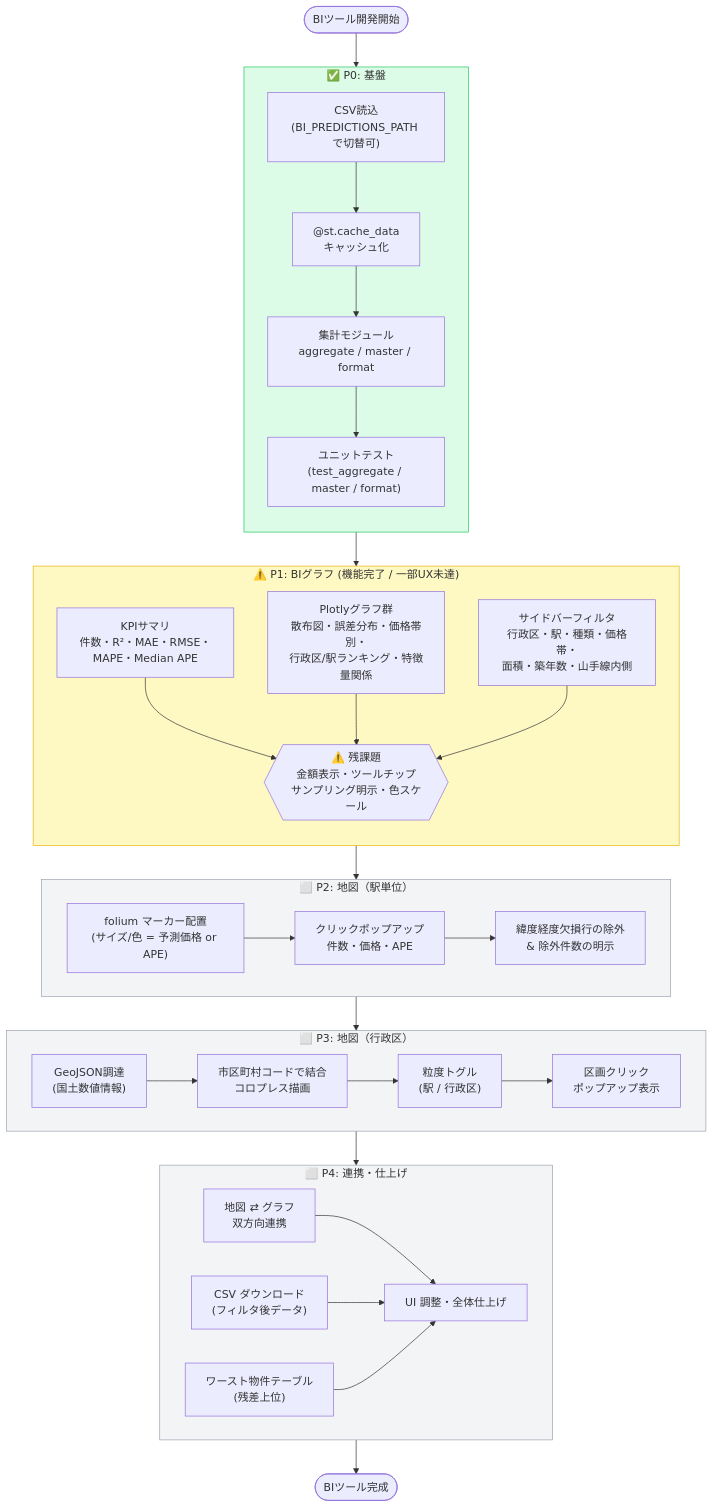
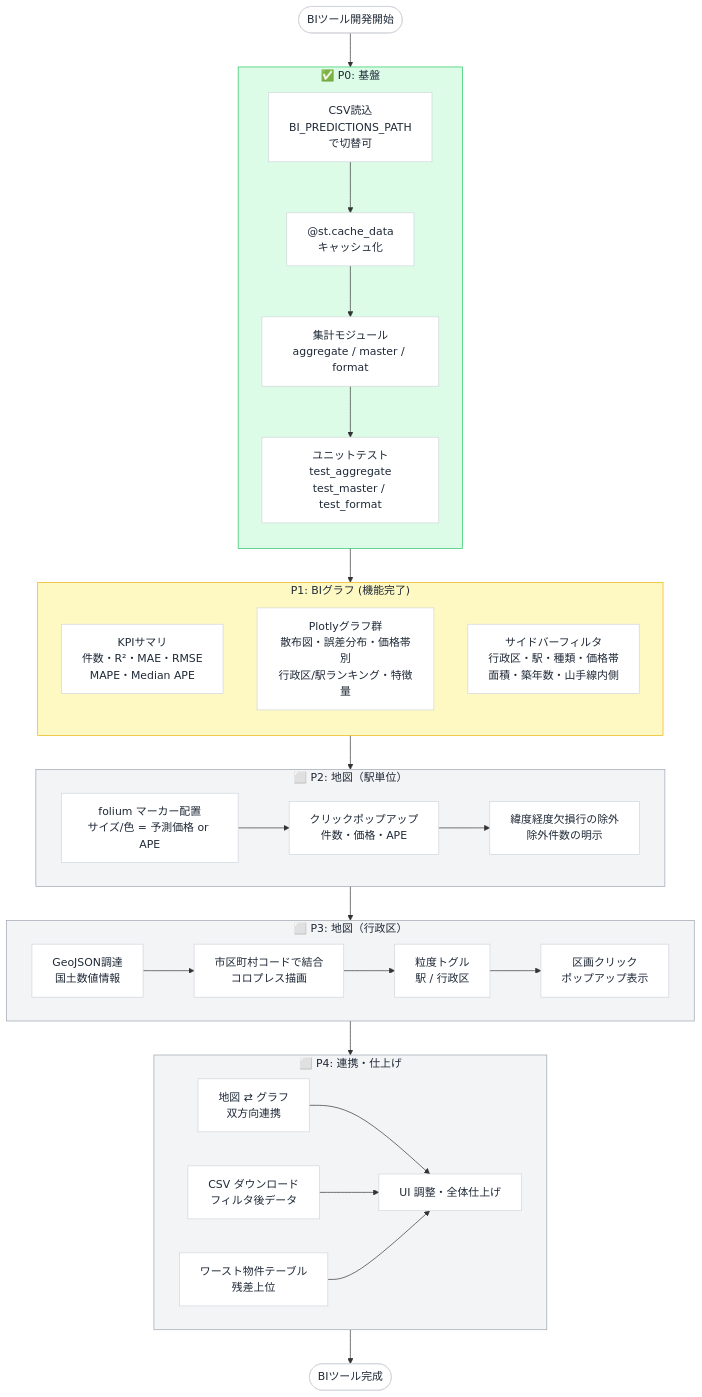
The diagram in docs/bi_tool_phases_flowchart.md (kotouharuto/House-price-forecast), drawn with Mermaid before and after one commit. The commit also changed 9 other files, not shown here.

Commit message:
add: 地図機能の実装(駅単位)

````diff
--- a/docs/bi_tool_phases_flowchart.md
+++ b/docs/bi_tool_phases_flowchart.md
@@ -10,61 +10,62 @@
 ```mermaid
 flowchart TD
     START([BIツール開発開始]) --> P0
 
     subgraph P0["✅ P0: 基盤"]
         direction TB
-        P0A["CSV読込\n(BI_PREDICTIONS_PATH で切替可)"]
-        P0B["@st.cache_data\nキャッシュ化"]
-        P0C["集計モジュール\naggregate / master / format"]
-        P0D["ユニットテスト\n(test_aggregate / master / format)"]
+        P0A["CSV読込<br/>BI_PREDICTIONS_PATH<br/>で切替可"]
+        P0B["@st.cache_data<br/>キャッシュ化"]
+        P0C["集計モジュール<br/>aggregate / master / format"]
+        P0D["ユニットテスト<br/>test_aggregate<br/>test_master / test_format"]
         P0A --> P0B --> P0C --> P0D
     end
 
     P0 --> P1
 
-    subgraph P1["⚠️ P1: BIグラフ (機能完了 / 一部UX未達)"]
+    subgraph P1["P1: BIグラフ (機能完了)"]
         direction TB
-        P1A["KPIサマリ\n件数・R²・MAE・RMSE・MAPE・Median APE"]
-        P1B["Plotlyグラフ群\n散布図・誤差分布・価格帯別・\n行政区/駅ランキング・特徴量関係"]
-        P1C["サイドバーフィルタ\n行政区・駅・種類・価格帯・\n面積・築年数・山手線内側"]
-        P1D{{"⚠️ 残課題\n金額表示・ツールチップ\nサンプリング明示・色スケール"}}
-        P1A & P1B & P1C --> P1D
+        P1A["KPIサマリ<br/>件数・R²・MAE・RMSE<br/>MAPE・Median APE"]
+        P1B["Plotlyグラフ群<br/>散布図・誤差分布・価格帯別<br/>行政区/駅ランキング・特徴量"]
+        P1C["サイドバーフィルタ<br/>行政区・駅・種類・価格帯<br/>面積・築年数・山手線内側"]
+        P1A & P1B & P1C
     end
 
     P1 --> P2
 
     subgraph P2["⬜ P2: 地図（駅単位）"]
-        P2A["folium マーカー配置\n(サイズ/色 = 予測価格 or APE)"]
-        P2B["クリックポップアップ\n件数・価格・APE"]
-        P2C["緯度経度欠損行の除外\n& 除外件数の明示"]
+        P2A["folium マーカー配置<br/>サイズ/色 = 予測価格 or APE"]
+        P2B["クリックポップアップ<br/>件数・価格・APE"]
+        P2C["緯度経度欠損行の除外<br/>除外件数の明示"]
         P2A --> P2B --> P2C
     end
 
     P2 --> P3
 
     subgraph P3["⬜ P3: 地図（行政区）"]
-        P3A["GeoJSON調達\n(国土数値情報)"]
-        P3B["市区町村コードで結合\nコロプレス描画"]
-        P3C["粒度トグル\n(駅 / 行政区)"]
-        P3D["区画クリック\nポップアップ表示"]
+        P3A["GeoJSON調達<br/>国土数値情報"]
+        P3B["市区町村コードで結合<br/>コロプレス描画"]
+        P3C["粒度トグル<br/>駅 / 行政区"]
+        P3D["区画クリック<br/>ポップアップ表示"]
         P3A --> P3B --> P3C --> P3D
     end
 
     P3 --> P4
 
     subgraph P4["⬜ P4: 連携・仕上げ"]
-        P4A["地図 ⇄ グラフ\n双方向連携"]
-        P4B["CSV ダウンロード\n(フィルタ後データ)"]
-        P4C["ワースト物件テーブル\n(残差上位)"]
+        P4A["地図 ⇄ グラフ<br/>双方向連携"]
+        P4B["CSV ダウンロード<br/>フィルタ後データ"]
+        P4C["ワースト物件テーブル<br/>残差上位"]
         P4D["UI 調整・全体仕上げ"]
         P4A & P4B & P4C --> P4D
     end
 
     P4 --> DONE([BIツール完成])
 
-    style P0 fill:#dcfce7,stroke:#22c55e
-    style P1 fill:#fef9c3,stroke:#eab308
-    style P2 fill:#f3f4f6,stroke:#9ca3af
-    style P3 fill:#f3f4f6,stroke:#9ca3af
-    style P4 fill:#f3f4f6,stroke:#9ca3af
+    style P0 fill:#dcfce7,stroke:#22c55e,color:#1f2937
+    style P1 fill:#fef9c3,stroke:#eab308,color:#1f2937
+    style P2 fill:#f3f4f6,stroke:#9ca3af,color:#1f2937
+    style P3 fill:#f3f4f6,stroke:#9ca3af,color:#1f2937
+    style P4 fill:#f3f4f6,stroke:#9ca3af,color:#1f2937
+
+    classDef default fill:#ffffff,color:#1f2937,stroke:#d1d5db
 ```
````
